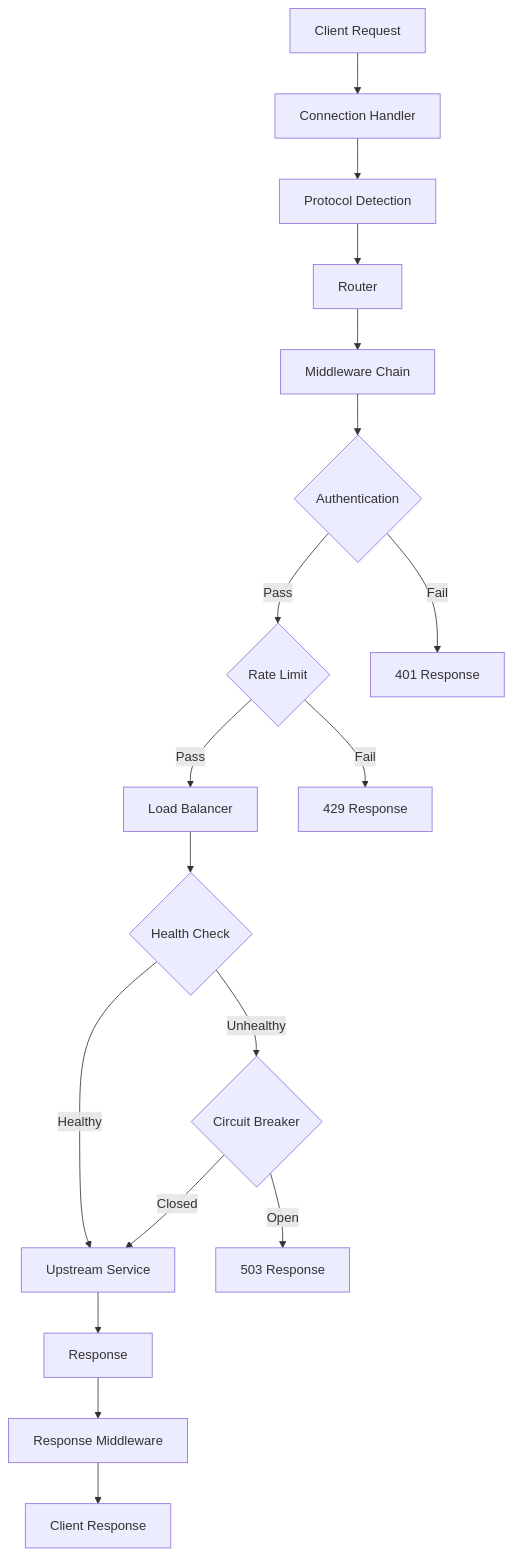
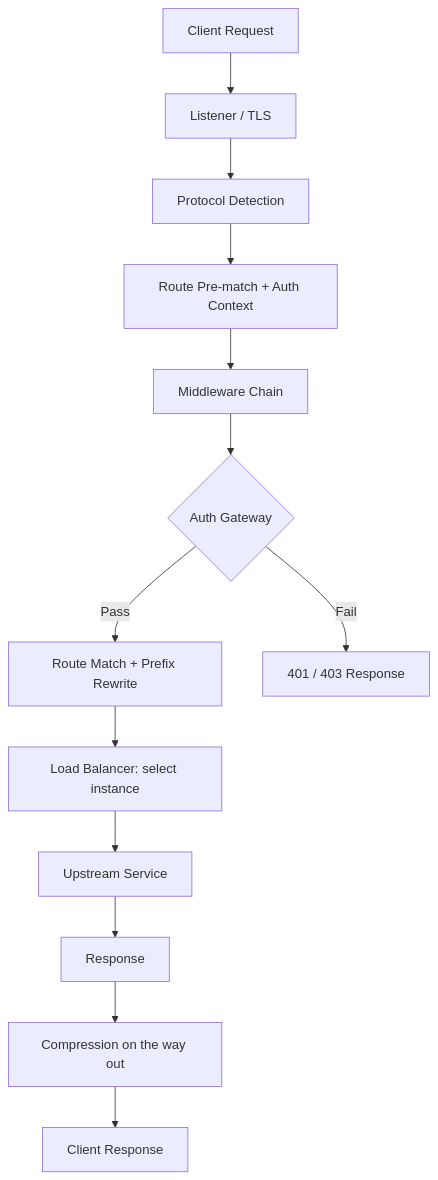
Before and after one commit to xraph/octopus: the diagram in frontend/docs/content/docs/concepts/index.mdx, drawn with Mermaid. The commit also changed other lines of this file and 41 other files, not shown here.

````diff
--- a/frontend/docs/content/docs/concepts/index.mdx
+++ b/frontend/docs/content/docs/concepts/index.mdx
@@ -63,20 +77,15 @@
 ```mermaid
 graph TD
-    A[Client Request] --> B[Connection Handler]
+    A[Client Request] --> B[Listener / TLS]
     B --> C[Protocol Detection]
-    C --> D[Router]
+    C --> D[Route Pre-match + Auth Context]
     D --> E[Middleware Chain]
-    E --> F{Authentication}
-    F -->|Pass| G{Rate Limit}
-    F -->|Fail| H[401 Response]
-    G -->|Pass| I[Load Balancer]
-    G -->|Fail| J[429 Response]
-    I --> K{Health Check}
-    K -->|Healthy| L[Upstream Service]
-    K -->|Unhealthy| M{Circuit Breaker}
-    M -->|Open| N[503 Response]
-    M -->|Closed| L
+    E --> F{Auth Gateway}
+    F -->|Pass| G[Route Match + Prefix Rewrite]
+    F -->|Fail| H[401 / 403 Response]
+    G --> I[Load Balancer: select instance]
+    I --> L[Upstream Service]
     L --> O[Response]
-    O --> P[Response Middleware]
+    O --> P[Compression on the way out]
     P --> Q[Client Response]
 ```
````
